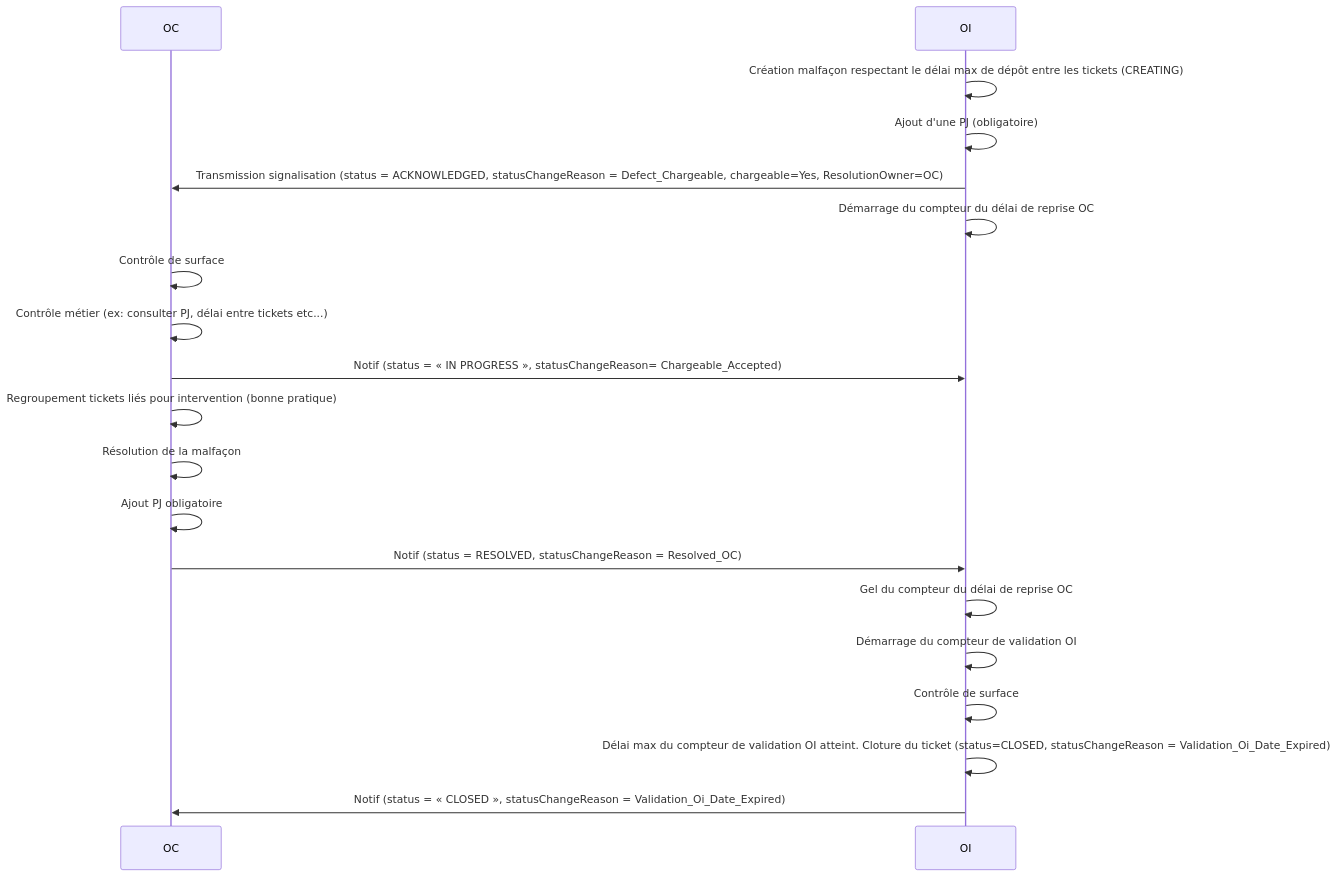
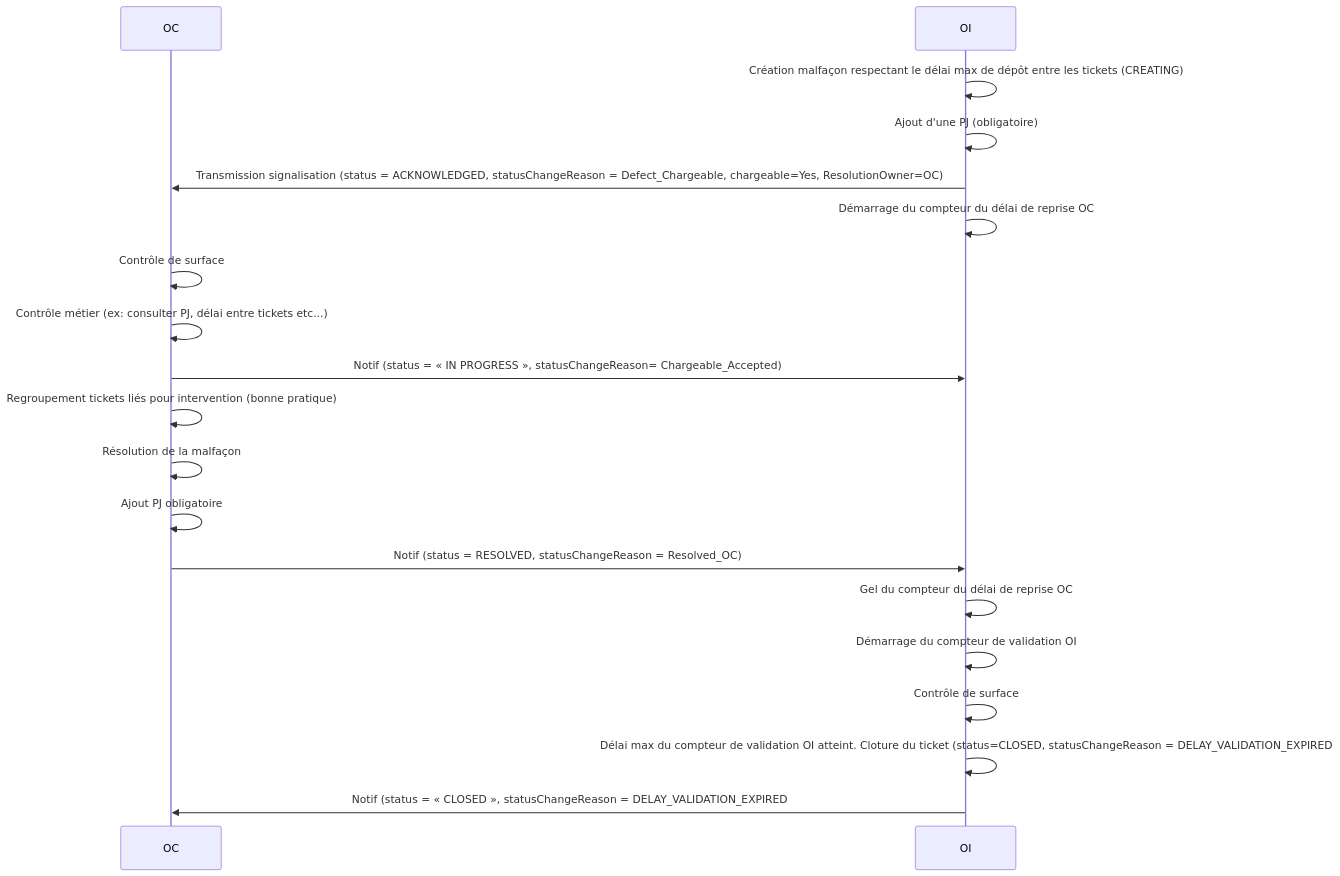
Before and after one commit to before-interop/malfacon: the second of 12 diagrams in README.md, drawn with Mermaid. The commit also changed other lines of this file, not shown here.

Commit message:
corr2811

````diff
--- a/README.md
+++ b/README.md
@@ -332,23 +332,24 @@
 ```mermaid
 sequenceDiagram
 
   participant OC
   participant OI
 
   OI->>OI: Création malfaçon respectant le délai max de dépôt entre les tickets (CREATING)
   OI->>OI: Ajout d'une PJ (obligatoire)
   OI->>OC: Transmission signalisation (status = ACKNOWLEDGED, statusChangeReason = Defect_Chargeable, chargeable=Yes, ResolutionOwner=OC)
   OI->>OI: Démarrage du compteur du délai de reprise OC
   OC->>OC: Contrôle de surface
   OC->>OC: Contrôle métier (ex: consulter PJ, délai entre tickets etc...)
   OC->>OI: Notif (status = « IN PROGRESS », statusChangeReason= Chargeable_Accepted)
   OC->>OC: Regroupement tickets liés pour intervention (bonne pratique)
   OC->>OC: Résolution de la malfaçon
   OC->>OC: Ajout PJ obligatoire
   OC->>OI: Notif (status = RESOLVED, statusChangeReason = Resolved_OC)
   OI->>OI: Gel du compteur du délai de reprise OC
   OI->>OI: Démarrage du compteur de validation OI
   OI->>OI: Contrôle de surface
-  OI->>OI: Délai max du compteur de validation OI atteint. Cloture du ticket  (status=CLOSED, statusChangeReason = Validation_Oi_Date_Expired)
-  OI->>OC: Notif (status = « CLOSED », statusChangeReason = Validation_Oi_Date_Expired)
+  OI->>OI: Délai max du compteur de validation OI atteint. Cloture du ticket  (status=CLOSED, statusChangeReason = DELAY_VALIDATION_EXPIRED
+)
+  OI->>OC: Notif (status = « CLOSED », statusChangeReason = DELAY_VALIDATION_EXPIRED
 ```
````
